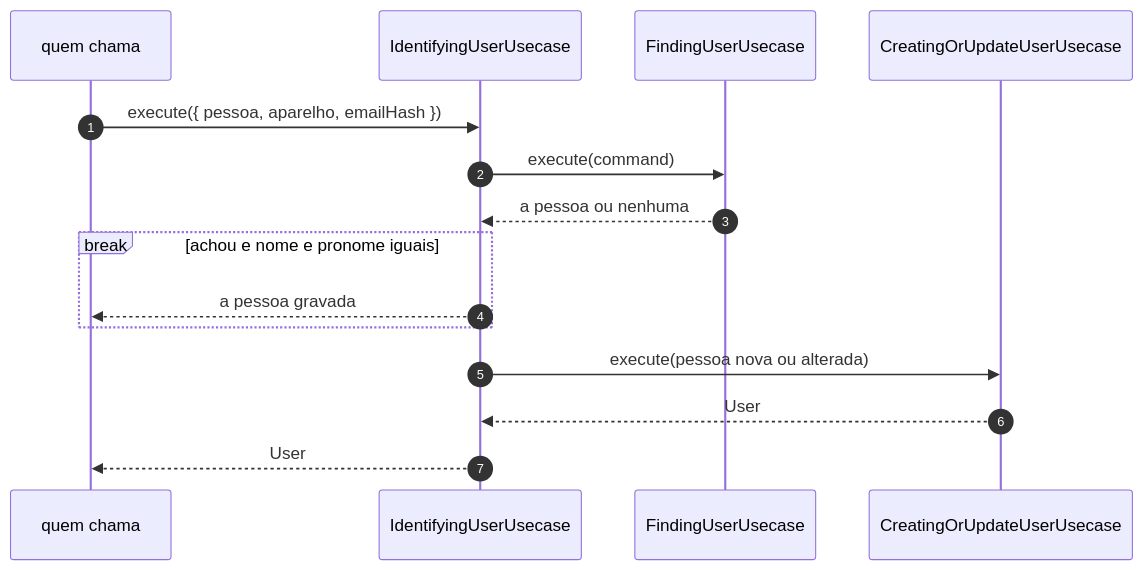
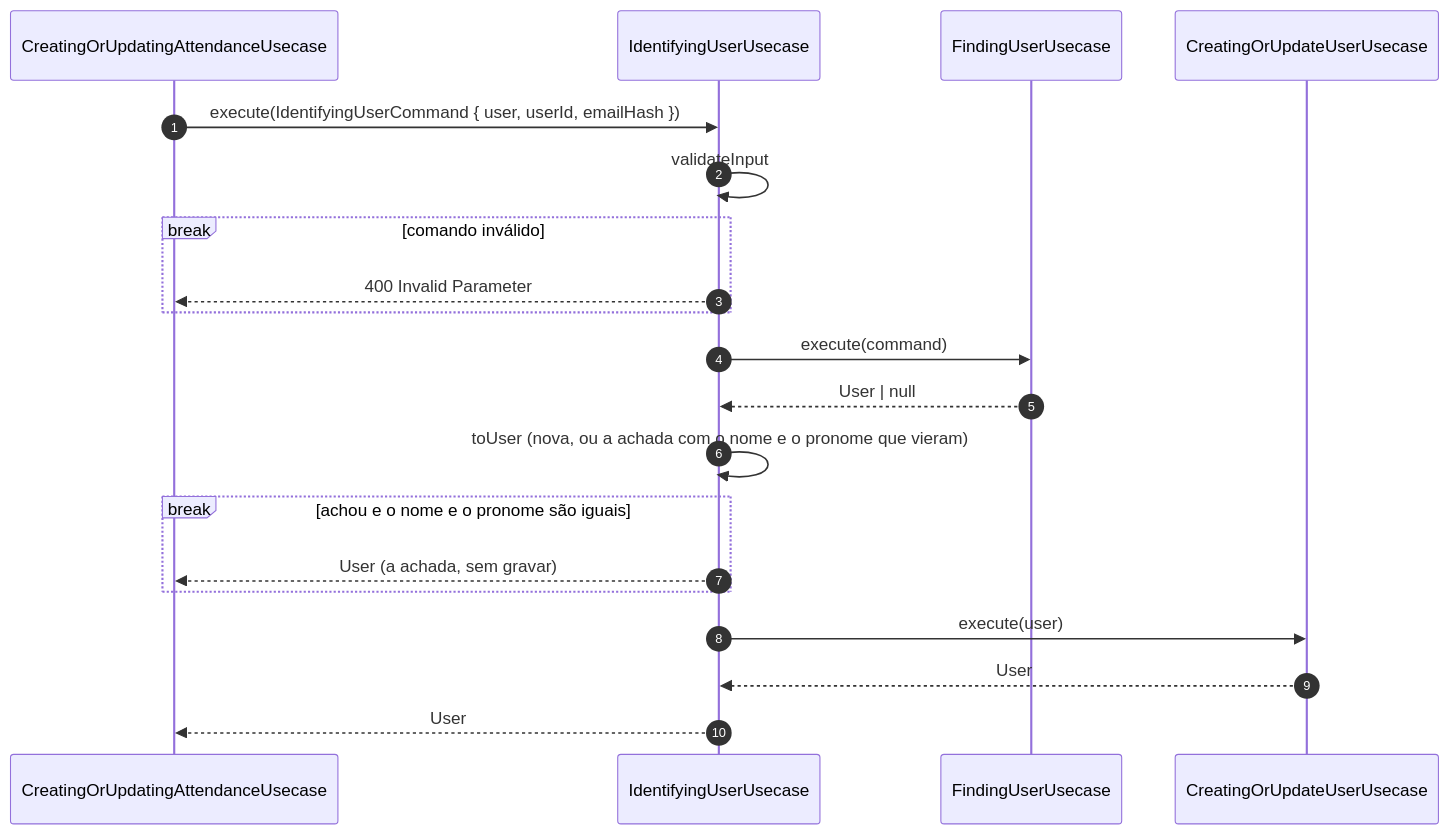
Before and after one commit to brubriele/hormonios-garoa: the diagram in docs/usecases/autenticacao.md, drawn with Mermaid. The commit also changed 4 other files, not shown here.

First line of the commit message:
docs: diagramas de sequência dos usecases no formato da skill sequence-diagram

````diff
--- a/docs/usecases/autenticacao.md
+++ b/docs/usecases/autenticacao.md
@@ -17,18 +17,23 @@
 ```mermaid
 sequenceDiagram
     autonumber
-    participant CR as quem chama
+    participant CR as CreatingOrUpdatingAttendanceUsecase
     participant UC as IdentifyingUserUsecase
     participant FU as FindingUserUsecase
     participant CU as CreatingOrUpdateUserUsecase
 
-    CR->>UC: execute({ pessoa, aparelho, emailHash })
+    CR->>UC: execute(IdentifyingUserCommand { user, userId, emailHash })
+    UC->>UC: validateInput
+    break comando inválido
+        UC-->>CR: 400 Invalid Parameter
+    end
     UC->>FU: execute(command)
-    FU-->>UC: a pessoa ou nenhuma
-    break achou e nome e pronome iguais
-        UC-->>CR: a pessoa gravada
+    FU-->>UC: User | null
+    UC->>UC: toUser (nova, ou a achada com o nome e o pronome que vieram)
+    break achou e o nome e o pronome são iguais
+        UC-->>CR: User (a achada, sem gravar)
     end
-    UC->>CU: execute(pessoa nova ou alterada)
+    UC->>CU: execute(user)
     CU-->>UC: User
     UC-->>CR: User
 ```
````
